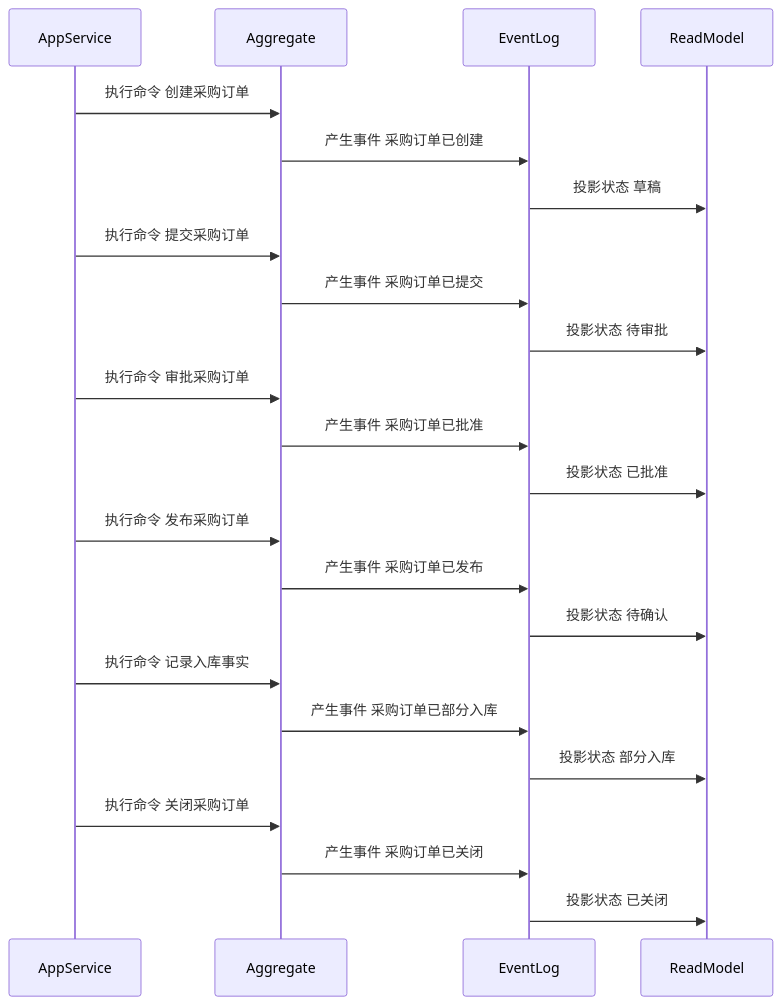
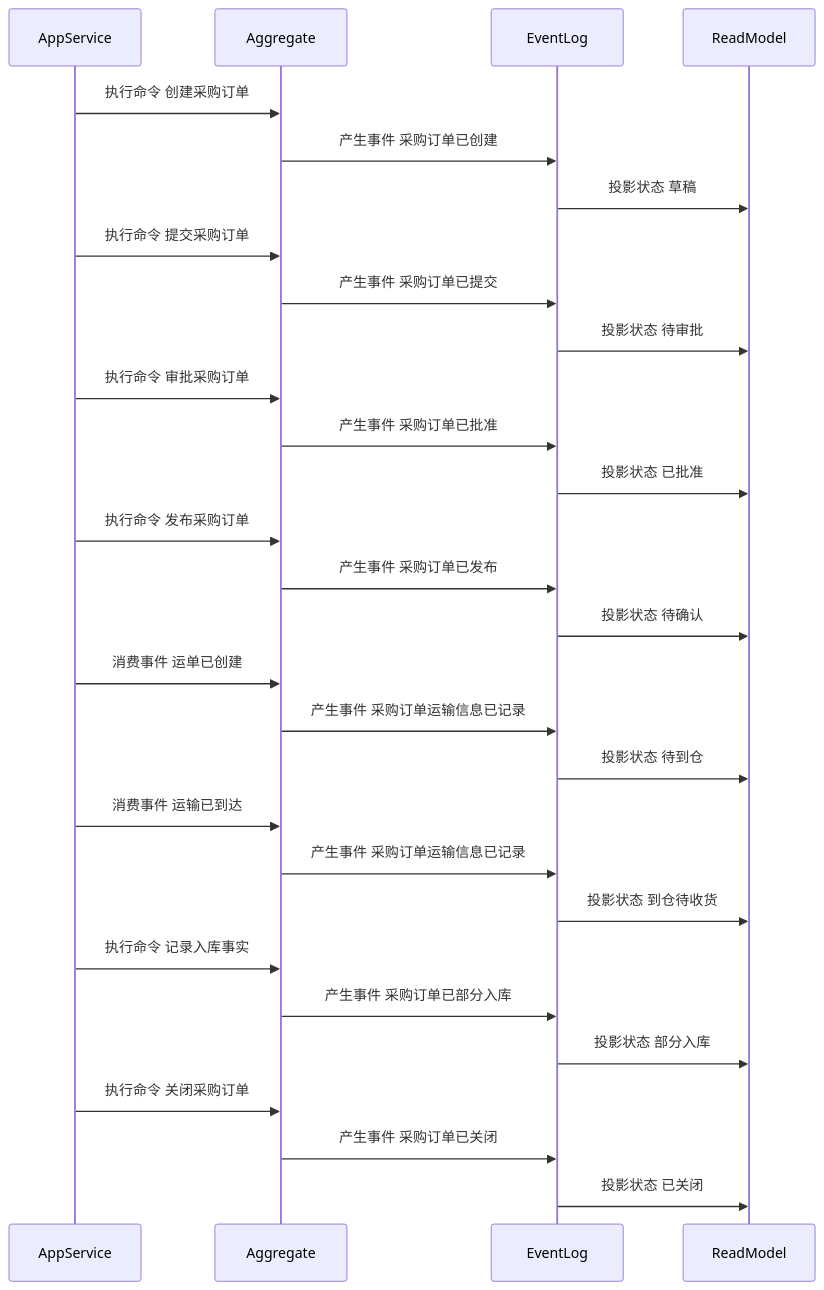
The sixth of 6 diagrams in docs/03-核心业务模型/02-采购领域模型/07-采购订单聚合CQRS设计.md (chao1927/scm), drawn with Mermaid before and after one commit. The commit also changed other lines of this file and 118 other files, not shown here.

````diff
--- a/docs/03-核心业务模型/02-采购领域模型/07-采购订单聚合CQRS设计.md
+++ b/docs/03-核心业务模型/02-采购领域模型/07-采购订单聚合CQRS设计.md
@@ -259,26 +269,32 @@
 ```mermaid
 sequenceDiagram
     participant AppService
     participant Aggregate
     participant EventLog
     participant ReadModel
 
     AppService->>Aggregate: 执行命令 创建采购订单
     Aggregate->>EventLog: 产生事件 采购订单已创建
     EventLog->>ReadModel: 投影状态 草稿
     AppService->>Aggregate: 执行命令 提交采购订单
     Aggregate->>EventLog: 产生事件 采购订单已提交
     EventLog->>ReadModel: 投影状态 待审批
     AppService->>Aggregate: 执行命令 审批采购订单
     Aggregate->>EventLog: 产生事件 采购订单已批准
     EventLog->>ReadModel: 投影状态 已批准
     AppService->>Aggregate: 执行命令 发布采购订单
     Aggregate->>EventLog: 产生事件 采购订单已发布
     EventLog->>ReadModel: 投影状态 待确认
+    AppService->>Aggregate: 消费事件 运单已创建
+    Aggregate->>EventLog: 产生事件 采购订单运输信息已记录
+    EventLog->>ReadModel: 投影状态 待到仓
+    AppService->>Aggregate: 消费事件 运输已到达
+    Aggregate->>EventLog: 产生事件 采购订单运输信息已记录
+    EventLog->>ReadModel: 投影状态 到仓待收货
     AppService->>Aggregate: 执行命令 记录入库事实
     Aggregate->>EventLog: 产生事件 采购订单已部分入库
     EventLog->>ReadModel: 投影状态 部分入库
     AppService->>Aggregate: 执行命令 关闭采购订单
     Aggregate->>EventLog: 产生事件 采购订单已关闭
     EventLog->>ReadModel: 投影状态 已关闭
 ```
````
